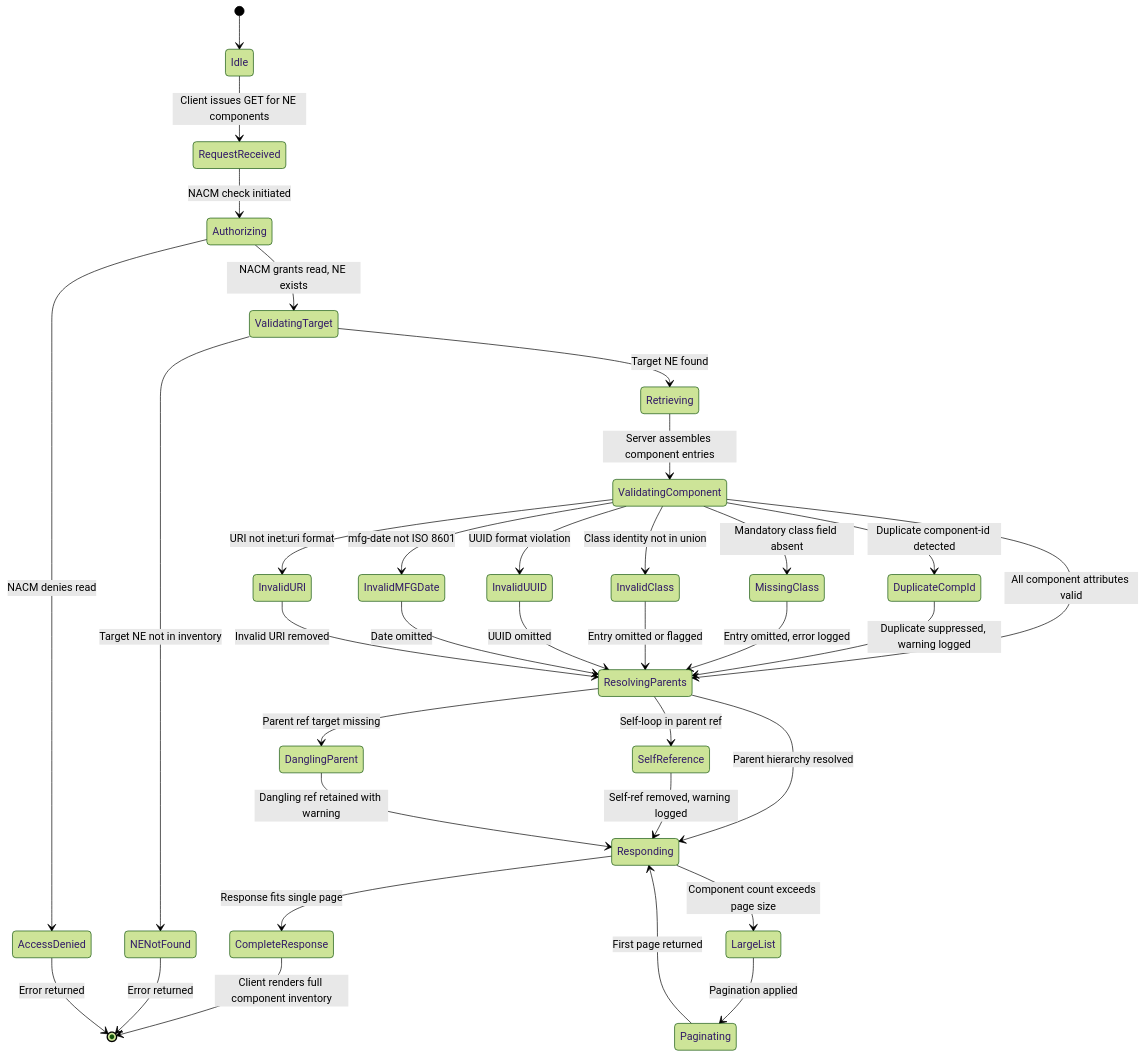
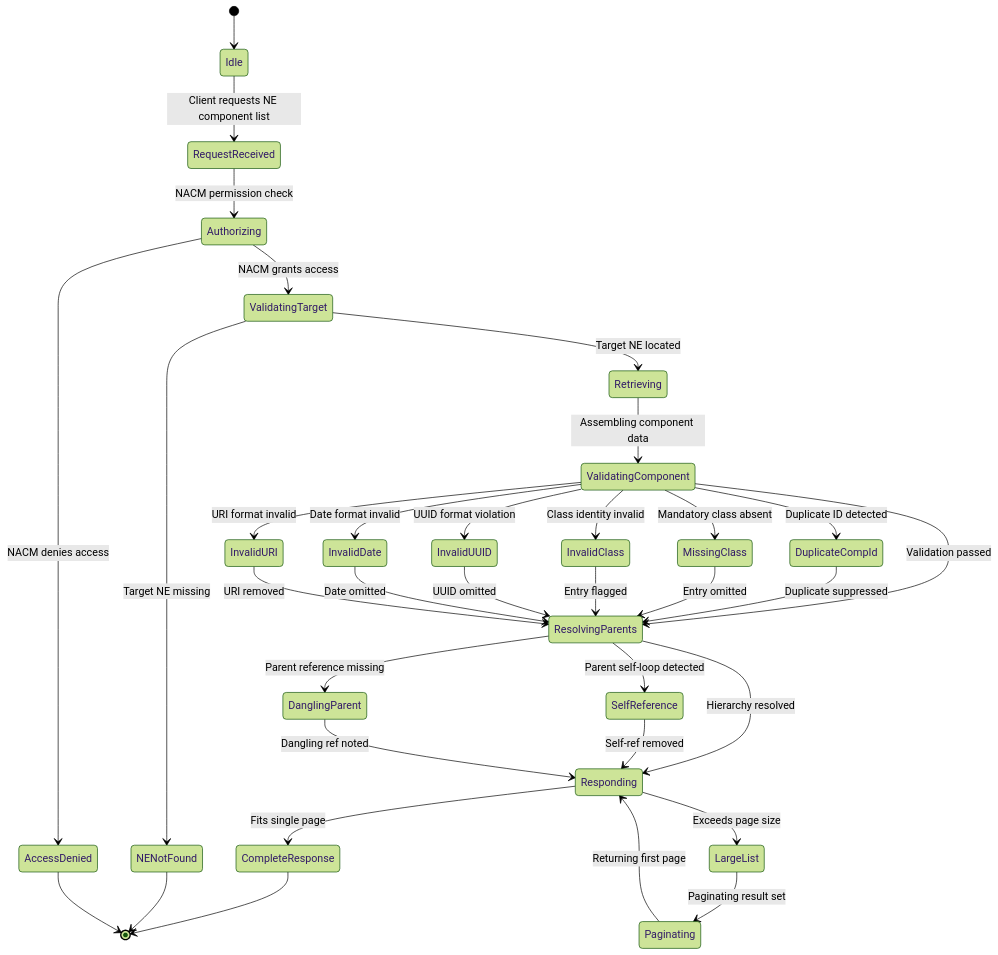
The second of 2 diagrams in docs/use-cases/uc-13-component-inventory.md (gintatkinson/3dgs-030), drawn with Mermaid (forest theme) before and after one commit. The commit also changed other lines of this file and 20 other files, not shown here.

First line of the commit message:
fix: repair Mermaid rendering across all 18 use cases and 5 topology features

````diff
--- a/docs/use-cases/uc-13-component-inventory.md
+++ b/docs/use-cases/uc-13-component-inventory.md
@@ -202,36 +200,36 @@
 ```mermaid
 stateDiagram-v2
     [*] --> Idle
-    Idle --> RequestReceived : Client issues GET for NE components
-    RequestReceived --> Authorizing : NACM check initiated
-    Authorizing --> AccessDenied : NACM denies read
-    Authorizing --> ValidatingTarget : NACM grants read, NE exists
-    ValidatingTarget --> NENotFound : Target NE not in inventory
-    ValidatingTarget --> Retrieving : Target NE found
-    Retrieving --> ValidatingComponent : Server assembles component entries
-    ValidatingComponent --> DuplicateCompId : Duplicate component-id detected
-    ValidatingComponent --> MissingClass : Mandatory class field absent
-    ValidatingComponent --> InvalidClass : Class identity not in union
+    Idle --> RequestReceived : Client requests NE component list
+    RequestReceived --> Authorizing : NACM permission check
+    Authorizing --> AccessDenied : NACM denies access
+    Authorizing --> ValidatingTarget : NACM grants access
+    ValidatingTarget --> NENotFound : Target NE missing
+    ValidatingTarget --> Retrieving : Target NE located
+    Retrieving --> ValidatingComponent : Assembling component data
+    ValidatingComponent --> ResolvingParents : Validation passed
+    ValidatingComponent --> DuplicateCompId : Duplicate ID detected
+    ValidatingComponent --> MissingClass : Mandatory class absent
+    ValidatingComponent --> InvalidClass : Class identity invalid
     ValidatingComponent --> InvalidUUID : UUID format violation
-    ValidatingComponent --> InvalidMFGDate : mfg-date not ISO 8601
-    ValidatingComponent --> InvalidURI : URI not inet:uri format
-    ValidatingComponent --> ResolvingParents : All component attributes valid
-    DuplicateCompId --> ResolvingParents : Duplicate suppressed, warning logged
-    MissingClass --> ResolvingParents : Entry omitted, error logged
-    InvalidClass --> ResolvingParents : Entry omitted or flagged
+    ValidatingComponent --> InvalidDate : Date format invalid
+    ValidatingComponent --> InvalidURI : URI format invalid
+    DuplicateCompId --> ResolvingParents : Duplicate suppressed
+    MissingClass --> ResolvingParents : Entry omitted
+    InvalidClass --> ResolvingParents : Entry flagged
     InvalidUUID --> ResolvingParents : UUID omitted
-    InvalidMFGDate --> ResolvingParents : Date omitted
-    InvalidURI --> ResolvingParents : Invalid URI removed
-    ResolvingParents --> SelfReference : Self-loop in parent ref
-    ResolvingParents --> DanglingParent : Parent ref target missing
-    ResolvingParents --> Responding : Parent hierarchy resolved
-    SelfReference --> Responding : Self-ref removed, warning logged
-    DanglingParent --> Responding : Dangling ref retained with warning
-    Responding --> LargeList : Component count exceeds page size
-    Responding --> CompleteResponse : Response fits single page
-    LargeList --> Paginating : Pagination applied
-    Paginating --> Responding : First page returned
-    CompleteResponse --> [*] : Client renders full component inventory
-    NENotFound --> [*] : Error returned
-    AccessDenied --> [*] : Error returned
+    InvalidDate --> ResolvingParents : Date omitted
+    InvalidURI --> ResolvingParents : URI removed
+    ResolvingParents --> SelfReference : Parent self-loop detected
+    ResolvingParents --> DanglingParent : Parent reference missing
+    ResolvingParents --> Responding : Hierarchy resolved
+    SelfReference --> Responding : Self-ref removed
+    DanglingParent --> Responding : Dangling ref noted
+    Responding --> LargeList : Exceeds page size
+    Responding --> CompleteResponse : Fits single page
+    LargeList --> Paginating : Paginating result set
+    Paginating --> Responding : Returning first page
+    CompleteResponse --> [*]
+    NENotFound --> [*]
+    AccessDenied --> [*]
 ```
````
